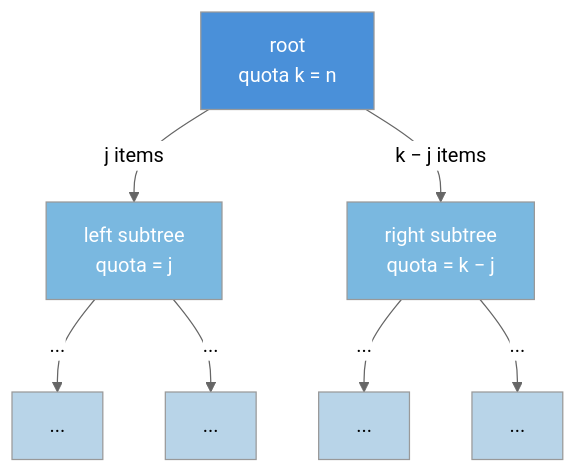
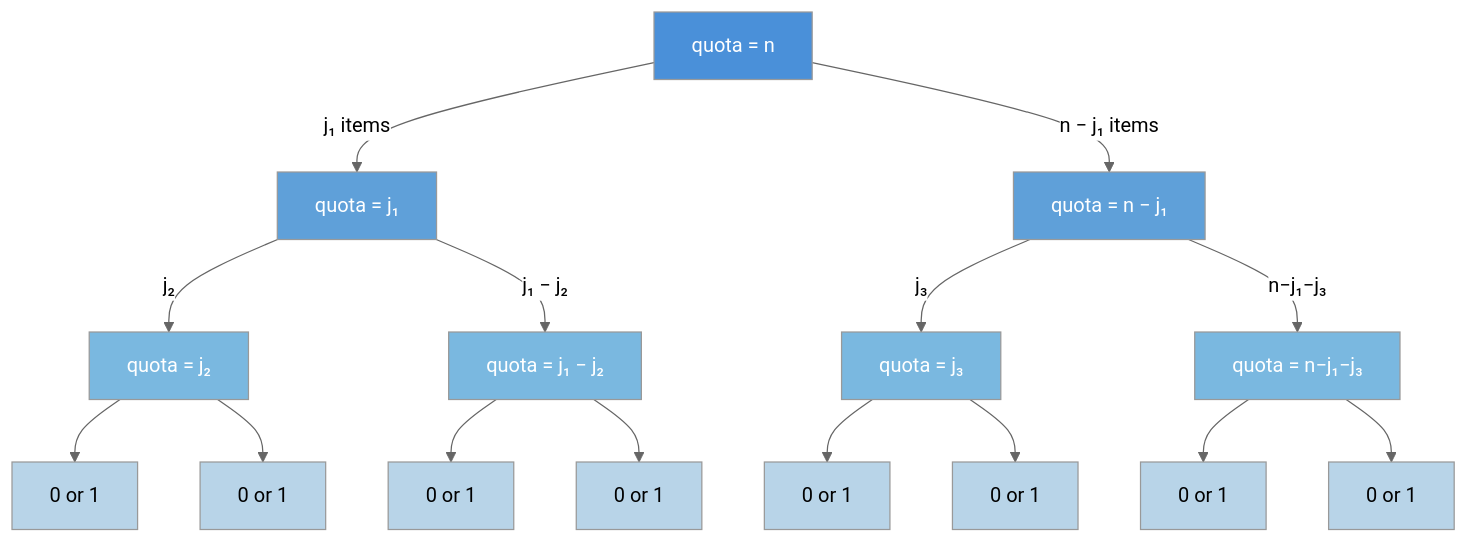
Before and after one commit to timvieira/conditional-poisson-sampling: the third of 3 diagrams in README.md, drawn with Mermaid (neutral theme). The commit also changed other lines of this file and 1 other file, not shown here.

First line of the commit message:
Move algorithm explanation to blog post, expand diagrams to 8 nodes

````diff
--- a/README.md
+++ b/README.md
@@ -131,17 +155,33 @@
 ```mermaid
 graph TB
-    ROOT["root<br/>quota k = n"] -->|"j items"| LEFT["left subtree<br/>quota = j"]
-    ROOT -->|"k − j items"| RIGHT["right subtree<br/>quota = k − j"]
-    LEFT -->|"..."| LL["..."]
-    LEFT -->|"..."| LR["..."]
-    RIGHT -->|"..."| RL["..."]
-    RIGHT -->|"..."| RR["..."]
+    ROOT["quota = n"] -->|"j₁ items"| LEFT["quota = j₁"]
+    ROOT -->|"n − j₁ items"| RIGHT["quota = n − j₁"]
+    LEFT -->|"j₂"| LL["quota = j₂"]
+    LEFT -->|"j₁ − j₂"| LR["quota = j₁ − j₂"]
+    RIGHT -->|"j₃"| RL["quota = j₃"]
+    RIGHT -->|"n−j₁−j₃"| RR["quota = n−j₁−j₃"]
+    LL --> L1["0 or 1"]
+    LL --> L2["0 or 1"]
+    LR --> L3["0 or 1"]
+    LR --> L4["0 or 1"]
+    RL --> L5["0 or 1"]
+    RL --> L6["0 or 1"]
+    RR --> L7["0 or 1"]
+    RR --> L8["0 or 1"]
 
     style ROOT fill:#4a90d9,color:#fff
-    style LEFT fill:#7ab8e0,color:#fff
-    style RIGHT fill:#7ab8e0,color:#fff
-    style LL fill:#b8d4e8,color:#000
-    style LR fill:#b8d4e8,color:#000
-    style RL fill:#b8d4e8,color:#000
-    style RR fill:#b8d4e8,color:#000
+    style LEFT fill:#5fa0d9,color:#fff
+    style RIGHT fill:#5fa0d9,color:#fff
+    style LL fill:#7ab8e0,color:#fff
+    style LR fill:#7ab8e0,color:#fff
+    style RL fill:#7ab8e0,color:#fff
+    style RR fill:#7ab8e0,color:#fff
+    style L1 fill:#b8d4e8,color:#000
+    style L2 fill:#b8d4e8,color:#000
+    style L3 fill:#b8d4e8,color:#000
+    style L4 fill:#b8d4e8,color:#000
+    style L5 fill:#b8d4e8,color:#000
+    style L6 fill:#b8d4e8,color:#000
+    style L7 fill:#b8d4e8,color:#000
+    style L8 fill:#b8d4e8,color:#000
 ```
````
